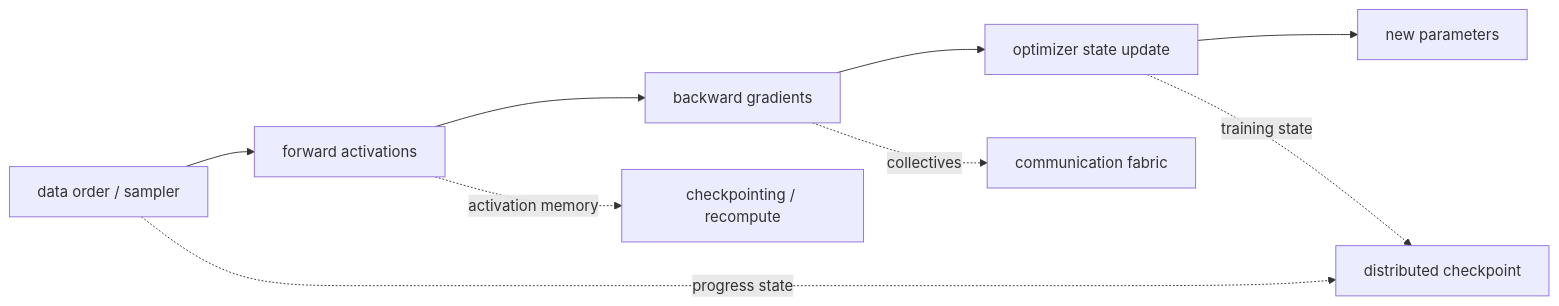
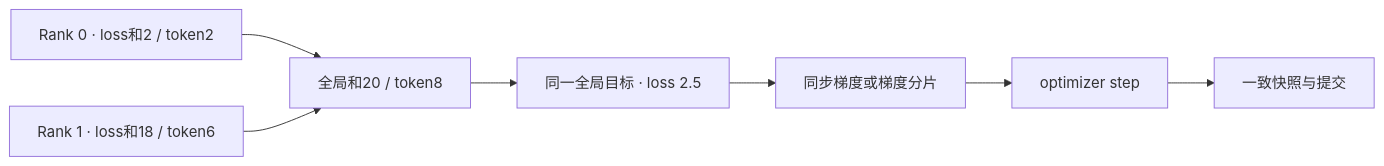
The diagram in files/training/distributed-training-and-checkpointing.md (Charles2530/Charles-AI-notes), drawn with Mermaid before and after one commit. The commit also changed other lines of this file and 954 other files, not shown here.

````diff
--- a/files/training/distributed-training-and-checkpointing.md
+++ b/files/training/distributed-training-and-checkpointing.md
@@ -13,11 +28,7 @@
 ```mermaid
 flowchart LR
-    A["data order / sampler"] --> B["forward activations"]
-    B --> C["backward gradients"]
-    C --> D["optimizer state update"]
-    D --> E["new parameters"]
-    C -. "collectives" .-> F["communication fabric"]
-    B -. "activation memory" .-> G["checkpointing / recompute"]
-    D -. "training state" .-> H["distributed checkpoint"]
-    A -. "progress state" .-> H
+  A["Rank 0 · loss和2 / token2"] --> C["全局和20 / token8"]
+  B["Rank 1 · loss和18 / token6"] --> C
+  C --> G["同一全局目标 · loss 2.5"]
+  G --> U["同步梯度或梯度分片"] --> S["optimizer step"] --> K["一致快照与提交"]
 ```
````
